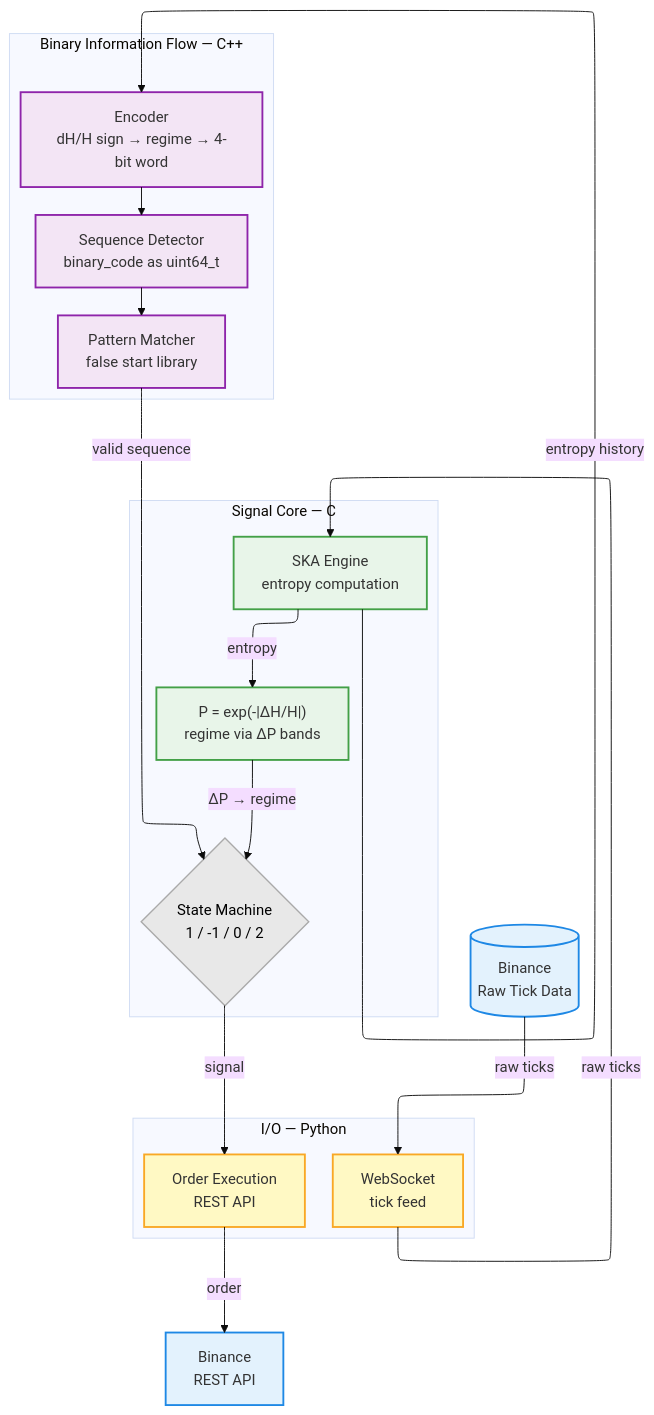
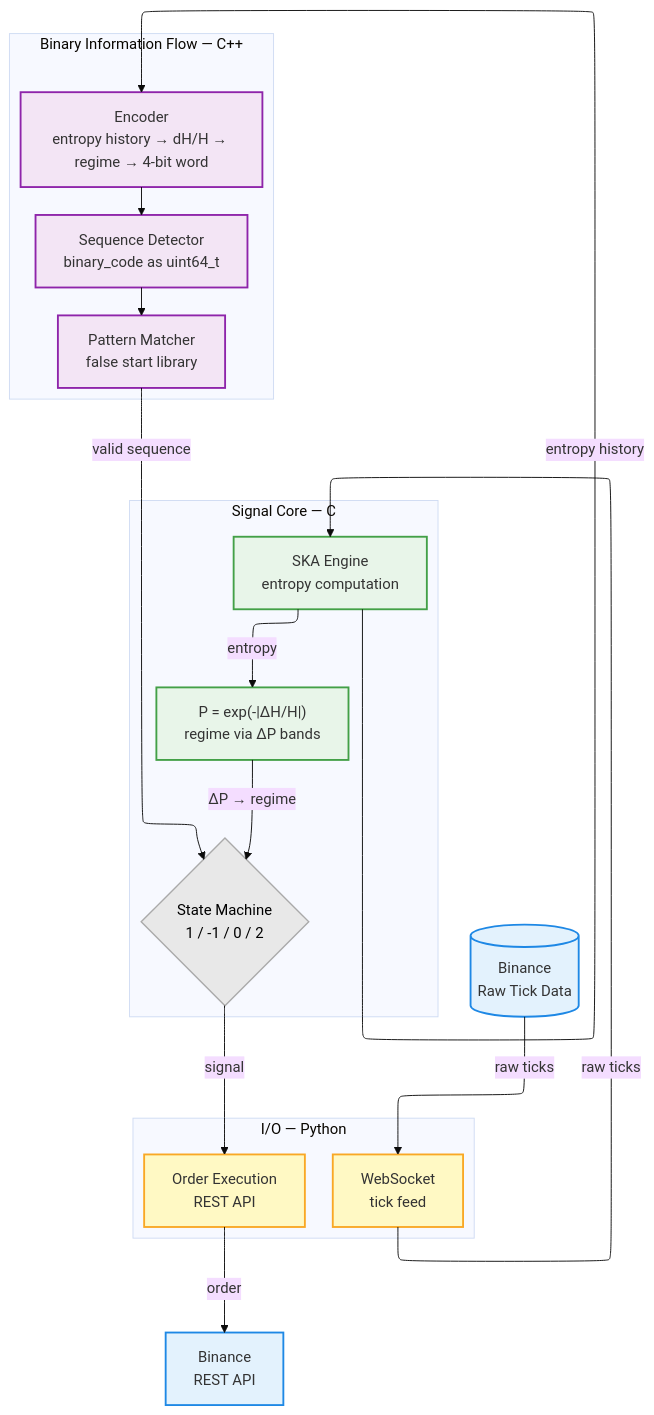
The diagram in ska_engine_c/README.md (quantiota/SKA-quantitative-finance), drawn with Mermaid before and after one commit. The commit also changed other lines of this file, not shown here.

````diff
--- a/ska_engine_c/README.md
+++ b/ska_engine_c/README.md
@@ -22,54 +22,54 @@
 ```mermaid
 ---
 config:
   look: classic
   theme: base
   layout: elk
 ---
 flowchart TD
 
 BINANCE[(Binance\nRaw Tick Data)]
 EXCHANGE[Binance\nREST API]
 
 subgraph IO["I/O — Python"]
   direction TB
   WS[WebSocket\ntick feed]
   ORDER[Order Execution\nREST API]
 end
 
 subgraph SignalCore["Signal Core — C"]
   direction TB
   ENGINE[SKA Engine\nentropy computation]
   P["P = exp(-|ΔH/H|)\nregime via ΔP bands"]
   SM@{ shape: diamond, label: "State Machine\n1 / -1 / 0 / 2" }
   ENGINE -->|entropy| P
   P -->|ΔP → regime| SM
 end
 
 subgraph BinaryFlow["Binary Information Flow — C++"]
   direction TB
-  ENC[Encoder\ndH/H sign → regime → 4-bit word]
+  ENC[Encoder\nentropy history → dH/H → regime → 4-bit word]
   SEQ[Sequence Detector\nbinary_code as uint64_t]
   PAT[Pattern Matcher\nfalse start library]
   ENC --> SEQ --> PAT
 end
 
 BINANCE -->|raw ticks| WS
 WS -->|raw ticks| ENGINE
 ENGINE -->|entropy history| ENC
 PAT -->|valid sequence| SM
 SM -->|signal| ORDER
 ORDER -->|order| EXCHANGE
 
 classDef data     fill:#E3F2FD,stroke:#1E88E5,stroke-width:2px;
 classDef binary   fill:#E8F5E9,stroke:#43A047,stroke-width:2px;
 classDef flow     fill:#F3E5F5,stroke:#8E24AA,stroke-width:2px;
 classDef io       fill:#FFF9C4,stroke:#F9A825,stroke-width:2px;
 classDef signal   fill:#E8E8E8,stroke:#AAAAAA,color:#000,stroke-width:1.5px;
 
 class BINANCE,EXCHANGE data;
 class ENGINE,P binary;
 class ENC,SEQ,PAT flow;
 class SM signal;
 class WS,ORDER io;
 ```
````
